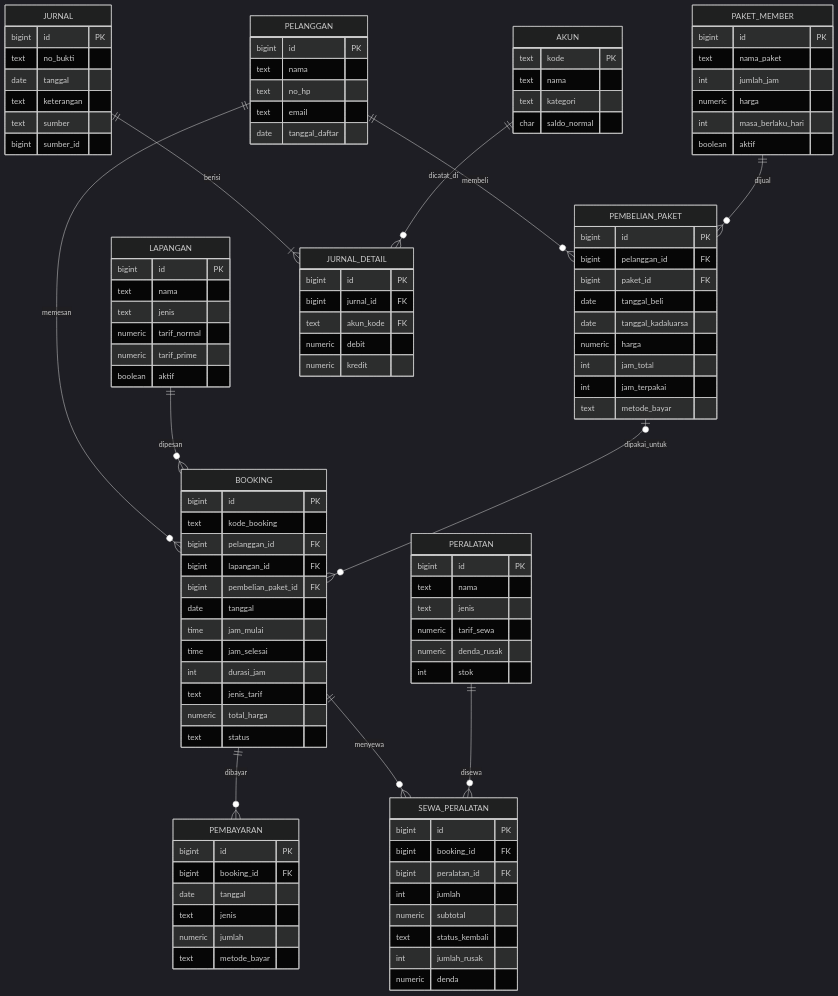
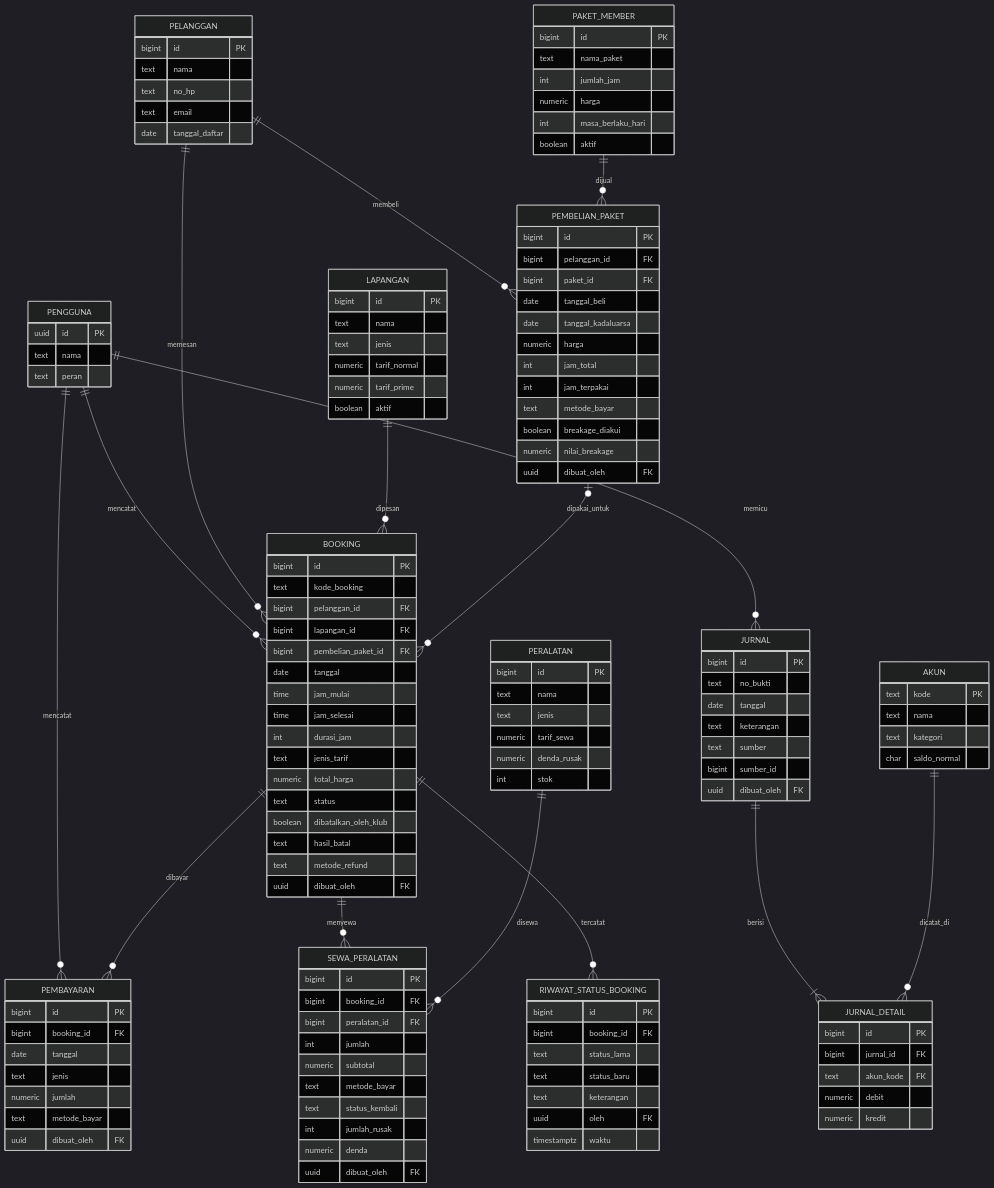
One commit to zayyanberyl-coding/sistem-akuntansi-padel changed the diagram in README.md. Above: the diagram before and after it, drawn with Mermaid (dark theme). The commit also changed other lines of this file and 17 other files, not shown here.

First line of the commit message:
Tambah login & peran, audit trail, refund, akun kas/bank/QRIS, dokumen cetak

````diff
--- a/README.md
+++ b/README.md
@@ -79,5 +103,8 @@
 ```mermaid
 erDiagram
+    PENGGUNA ||--o{ BOOKING : mencatat
+    PENGGUNA ||--o{ PEMBAYARAN : mencatat
+    PENGGUNA ||--o{ JURNAL : memicu
     PELANGGAN ||--o{ BOOKING : memesan
     PELANGGAN ||--o{ PEMBELIAN_PAKET : membeli
     LAPANGAN ||--o{ BOOKING : dipesan
@@ -85,10 +112,16 @@
     PEMBELIAN_PAKET |o--o{ BOOKING : dipakai_untuk
     BOOKING ||--o{ PEMBAYARAN : dibayar
     BOOKING ||--o{ SEWA_PERALATAN : menyewa
+    BOOKING ||--o{ RIWAYAT_STATUS_BOOKING : tercatat
     PERALATAN ||--o{ SEWA_PERALATAN : disewa
     JURNAL ||--|{ JURNAL_DETAIL : berisi
     AKUN ||--o{ JURNAL_DETAIL : dicatat_di
 
+    PENGGUNA {
+        uuid id PK
+        text nama
+        text peran
+    }
     LAPANGAN {
         bigint id PK
         text nama
@@ -122,6 +155,9 @@
         int jam_total
         int jam_terpakai
         text metode_bayar
+        boolean breakage_diakui
+        numeric nilai_breakage
+        uuid dibuat_oleh FK
     }
     BOOKING {
         bigint id PK
@@ -136,6 +172,10 @@
         text jenis_tarif
         numeric total_harga
         text status
+        boolean dibatalkan_oleh_klub
+        text hasil_batal
+        text metode_refund
+        uuid dibuat_oleh FK
     }
     PEMBAYARAN {
         bigint id PK
@@ -144,6 +184,7 @@
         text jenis
         numeric jumlah
         text metode_bayar
+        uuid dibuat_oleh FK
     }
     PERALATAN {
         bigint id PK
@@ -159,9 +200,20 @@
         bigint peralatan_id FK
         int jumlah
         numeric subtotal
+        text metode_bayar
         text status_kembali
         int jumlah_rusak
         numeric denda
+        uuid dibuat_oleh FK
+    }
+    RIWAYAT_STATUS_BOOKING {
+        bigint id PK
+        bigint booking_id FK
+        text status_lama
+        text status_baru
+        text keterangan
+        uuid oleh FK
+        timestamptz waktu
     }
     AKUN {
         text kode PK
@@ -176,6 +228,7 @@
         text keterangan
         text sumber
         bigint sumber_id
+        uuid dibuat_oleh FK
     }
     JURNAL_DETAIL {
         bigint id PK
````
